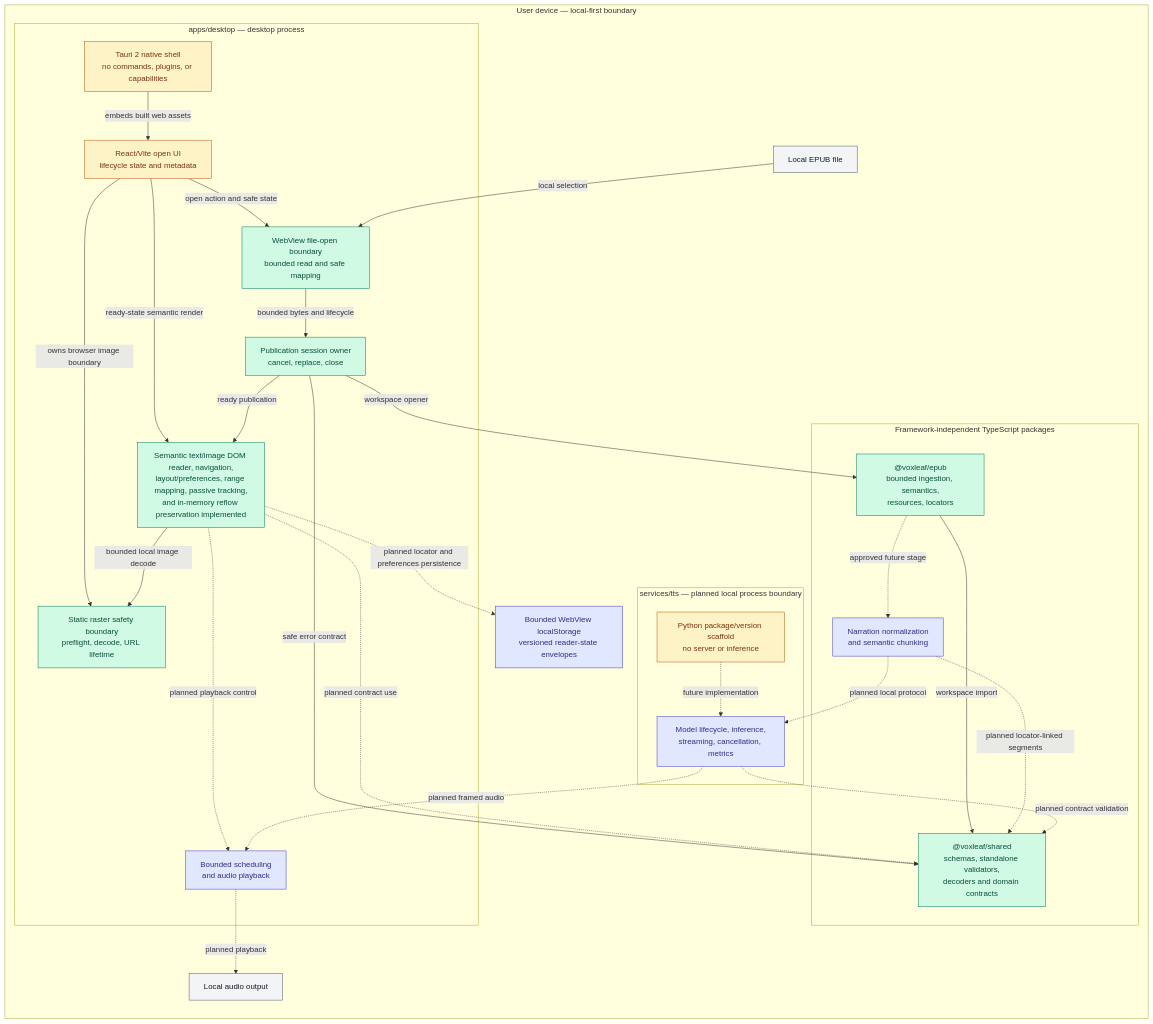
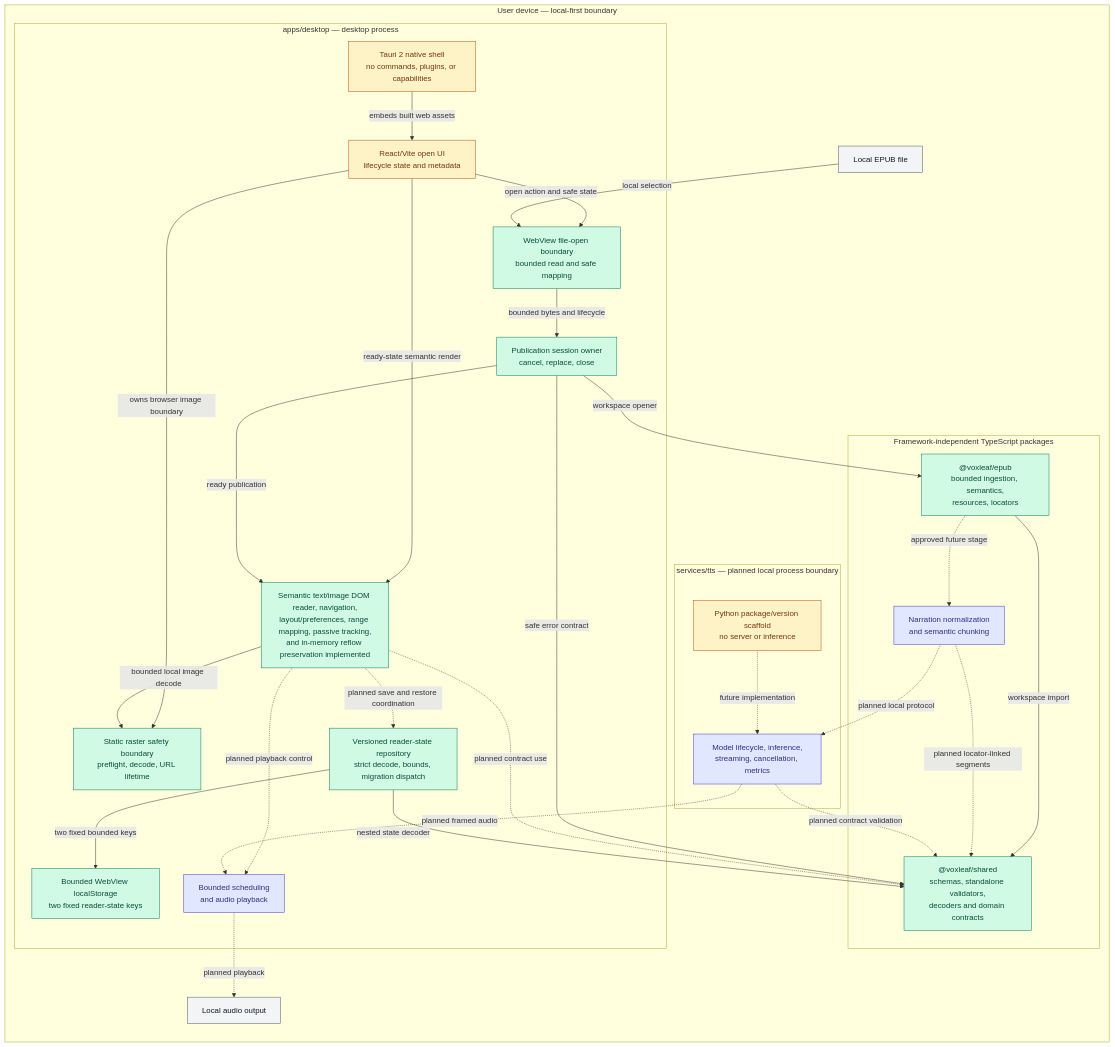
Before and after one commit to mmjosedaniel/voxleaf: the first of 2 diagrams in docs/architecture/system-diagram.md, drawn with Mermaid. The commit also changed other lines of this file and 5 other files, not shown here.

Commit message:
Implement versioned local position repository (#66)

````diff
--- a/docs/architecture/system-diagram.md
+++ b/docs/architecture/system-diagram.md
@@ -24,56 +24,59 @@
 ```mermaid
 flowchart LR
   classDef implemented fill:#d1fae5,stroke:#047857,color:#064e3b
   classDef partial fill:#fef3c7,stroke:#b45309,color:#78350f
   classDef planned fill:#e0e7ff,stroke:#4338ca,color:#312e81
   classDef external fill:#f3f4f6,stroke:#4b5563,color:#111827
 
   subgraph device["User device — local-first boundary"]
     epubFile["Local EPUB file"]:::external
     audioDevice["Local audio output"]:::external
-    readingStore["Bounded WebView localStorage<br/>versioned reader-state envelopes"]:::planned
+    readingStore["Bounded WebView localStorage<br/>two fixed reader-state keys"]:::implemented
 
     subgraph desktop["apps/desktop — desktop process"]
       nativeShell["Tauri 2 native shell<br/>no commands, plugins, or capabilities"]:::partial
       webShell["React/Vite open UI<br/>lifecycle state and metadata"]:::partial
       fileBoundary["WebView file-open boundary<br/>bounded read and safe mapping"]:::implemented
       rasterBoundary["Static raster safety boundary<br/>preflight, decode, URL lifetime"]:::implemented
       publicationSession["Publication session owner<br/>cancel, replace, close"]:::implemented
       reader["Semantic text/image DOM reader, navigation,<br/>layout/preferences, range mapping, passive tracking,<br/>and in-memory reflow preservation implemented"]:::implemented
+      stateRepository["Versioned reader-state repository<br/>strict decode, bounds, migration dispatch"]:::implemented
       player["Bounded scheduling<br/>and audio playback"]:::planned
       nativeShell -->|embeds built web assets| webShell
       webShell -->|open action and safe state| fileBoundary
       webShell -->|owns browser image boundary| rasterBoundary
       webShell -->|ready-state semantic render| reader
       fileBoundary -->|bounded bytes and lifecycle| publicationSession
       publicationSession -->|ready publication| reader
       reader -->|bounded local image decode| rasterBoundary
+      stateRepository -->|two fixed bounded keys| readingStore
       reader -. planned playback control .-> player
     end
 
     subgraph libraries["Framework-independent TypeScript packages"]
       shared["@voxleaf/shared<br/>schemas, standalone validators,<br/>decoders and domain contracts"]:::implemented
       epub["@voxleaf/epub<br/>bounded ingestion, semantics,<br/>resources, locators"]:::implemented
       narration["Narration normalization<br/>and semantic chunking"]:::planned
       epub -->|workspace import| shared
       epub -. approved future stage .-> narration
     end
 
     subgraph tts["services/tts — planned local process boundary"]
       ttsFoundation["Python package/version scaffold<br/>no server or inference"]:::partial
       ttsRuntime["Model lifecycle, inference,<br/>streaming, cancellation, metrics"]:::planned
       ttsFoundation -. future implementation .-> ttsRuntime
     end
   end
 
   epubFile -->|local selection| fileBoundary
   publicationSession -->|workspace opener| epub
   publicationSession -->|safe error contract| shared
   reader -. planned contract use .-> shared
-  reader -. planned locator and preferences persistence .-> readingStore
+  stateRepository -->|nested state decoder| shared
+  reader -. planned save and restore coordination .-> stateRepository
   narration -. planned locator-linked segments .-> shared
   narration -. planned local protocol .-> ttsRuntime
   ttsRuntime -. planned contract validation .-> shared
   ttsRuntime -. planned framed audio .-> player
   player -. planned playback .-> audioDevice
 ```
````
